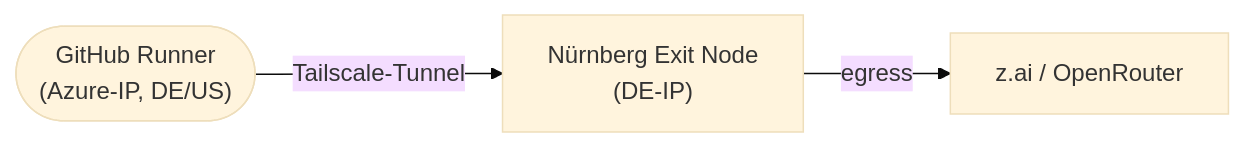
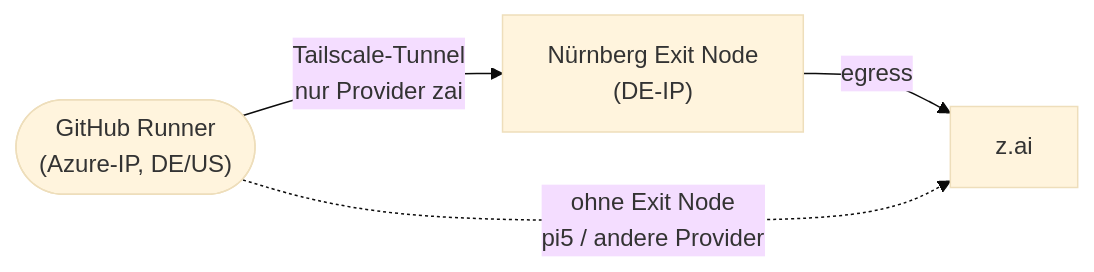
Before and after one commit to deleonio/priority-pilot: the diagram in docs/tailscale-exit-node.md, drawn with Mermaid (base theme). The commit also changed other lines of this file, not shown here.

Commit message:
docs(tailscale): Exit-Node-Gating dokumentieren (nur zai + gehosteter Runner, pi5 skippt)

````diff
--- a/docs/tailscale-exit-node.md
+++ b/docs/tailscale-exit-node.md
@@ -23,5 +27,6 @@
 ```mermaid
 flowchart LR
-    gh(["GitHub Runner<br/>(Azure-IP, DE/US)"]) -->|Tailscale-Tunnel| exit["Nürnberg Exit Node<br/>(DE-IP)"]
-    exit -->|egress| api["z.ai / OpenRouter"]
+    gh(["GitHub Runner<br/>(Azure-IP, DE/US)"]) -->|Tailscale-Tunnel<br/>nur Provider zai| exit["Nürnberg Exit Node<br/>(DE-IP)"]
+    exit -->|egress| api["z.ai"]
+    gh -.->|ohne Exit Node<br/>pi5 / andere Provider| api
 ```
````
